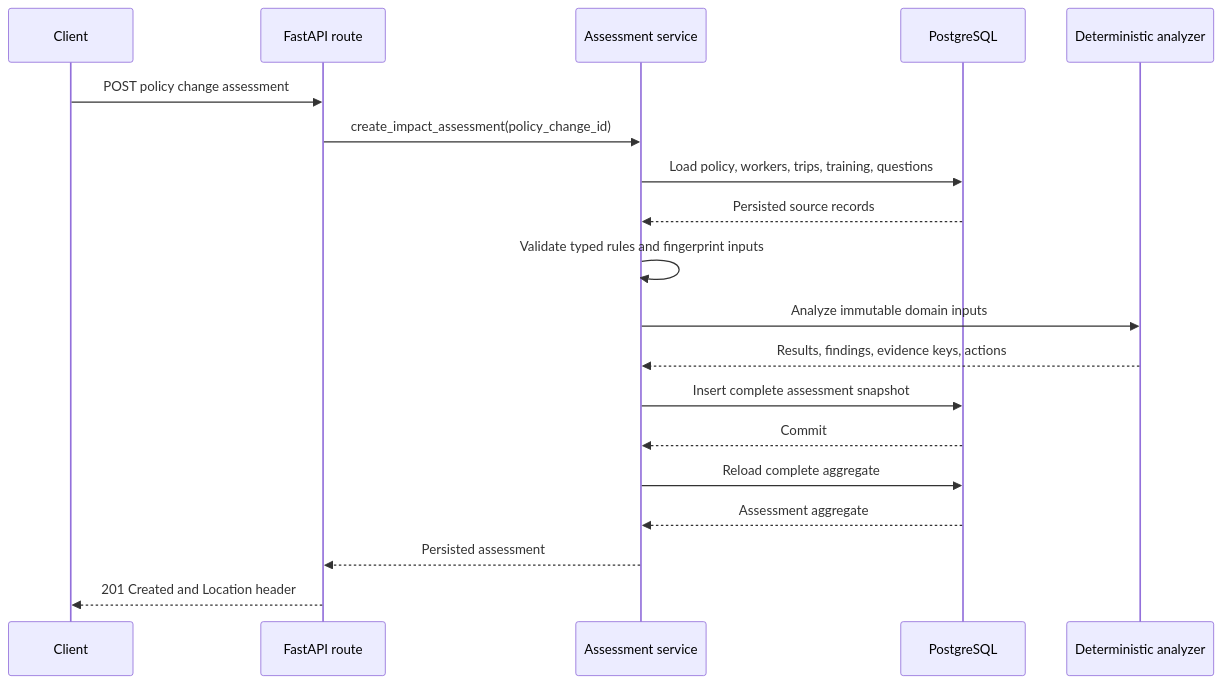
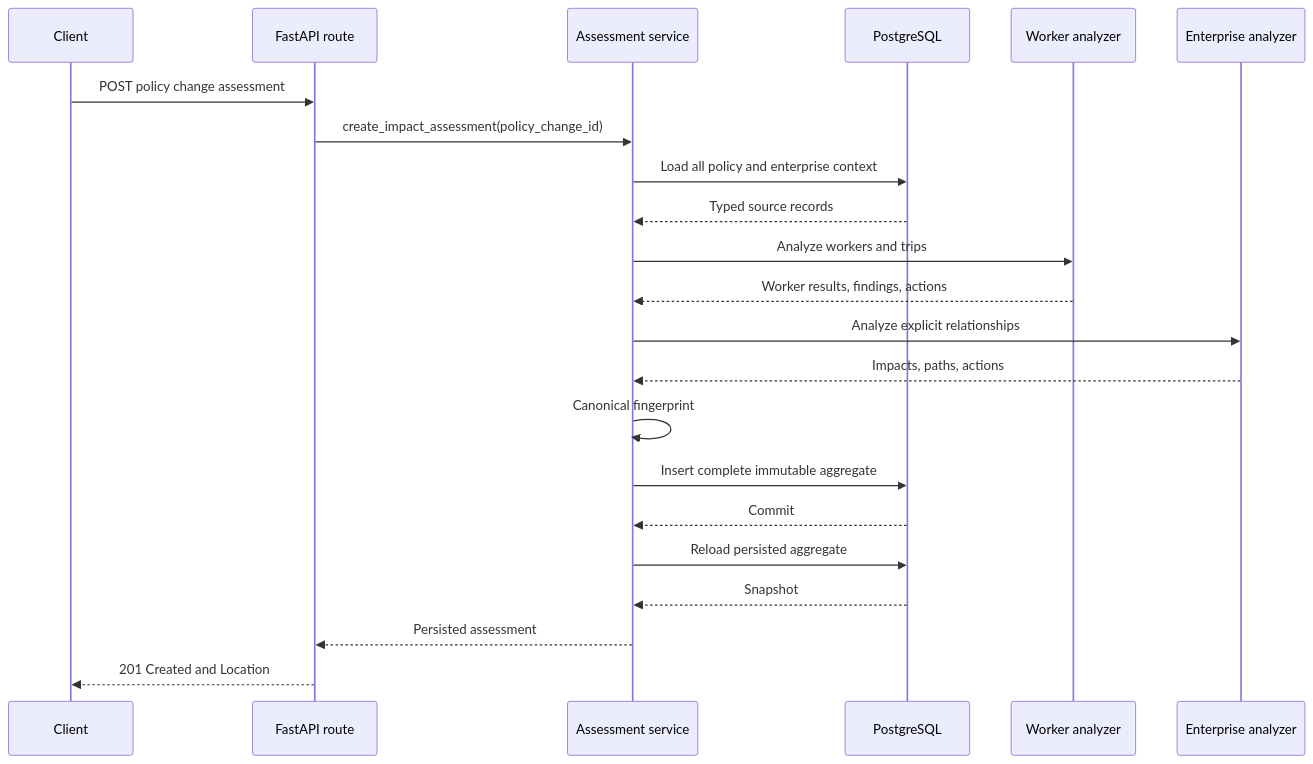
One commit to jaydreyer/ChangeOps changed the second of 2 diagrams in docs/architecture.md. Above: the diagram before and after it, drawn with Mermaid. The commit also changed other lines of this file and 19 other files, not shown here.

Commit message:
Implement deterministic enterprise impact discovery

````diff
--- a/docs/architecture.md
+++ b/docs/architecture.md
@@ -101,22 +136,25 @@
 ```mermaid
 sequenceDiagram
     participant Client
     participant API as FastAPI route
     participant Service as Assessment service
     participant DB as PostgreSQL
-    participant Analyzer as Deterministic analyzer
+    participant Worker as Worker analyzer
+    participant Enterprise as Enterprise analyzer
 
     Client->>API: POST policy change assessment
     API->>Service: create_impact_assessment(policy_change_id)
-    Service->>DB: Load policy, workers, trips, training, questions
-    DB-->>Service: Persisted source records
-    Service->>Service: Validate typed rules and fingerprint inputs
-    Service->>Analyzer: Analyze immutable domain inputs
-    Analyzer-->>Service: Results, findings, evidence keys, actions
-    Service->>DB: Insert complete assessment snapshot
+    Service->>DB: Load all policy and enterprise context
+    DB-->>Service: Typed source records
+    Service->>Worker: Analyze workers and trips
+    Worker-->>Service: Worker results, findings, actions
+    Service->>Enterprise: Analyze explicit relationships
+    Enterprise-->>Service: Impacts, paths, actions
+    Service->>Service: Canonical fingerprint
+    Service->>DB: Insert complete immutable aggregate
     DB-->>Service: Commit
-    Service->>DB: Reload complete aggregate
-    DB-->>Service: Assessment aggregate
+    Service->>DB: Reload persisted aggregate
+    DB-->>Service: Snapshot
     Service-->>API: Persisted assessment
-    API-->>Client: 201 Created and Location header
+    API-->>Client: 201 Created and Location
 ```
````
